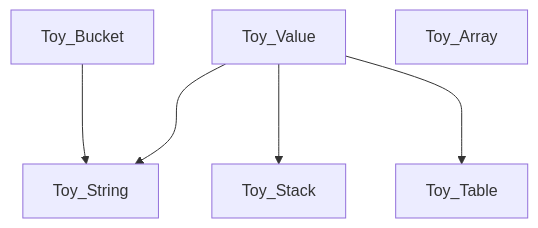
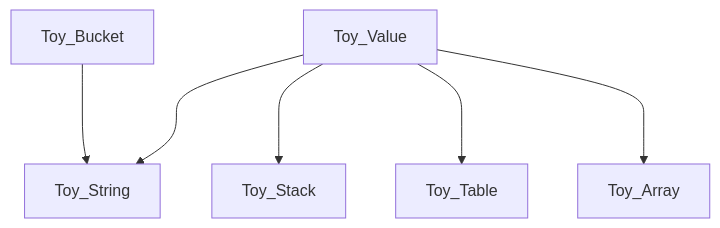
The diagram in CONTRIBUTING.md (Ratstail91/Toy), drawn with Mermaid before and after one commit. The commit also changed other lines of this file and 17 other files, not shown here.

````diff
--- a/CONTRIBUTING.md
+++ b/CONTRIBUTING.md
@@ -27,8 +27,8 @@
 ```mermaid
 graph TB
     Toy_Bucket ---> Toy_String
     Toy_Value ---> Toy_String
     Toy_Value ---> Toy_Stack
     Toy_Value ---> Toy_Table
-    Toy_Array
+    Toy_Value ---> Toy_Array
 ```
````
